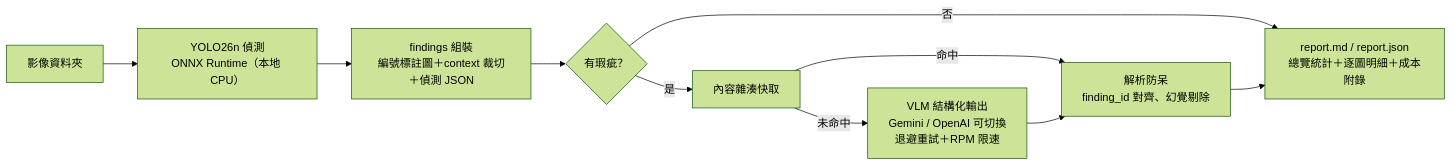
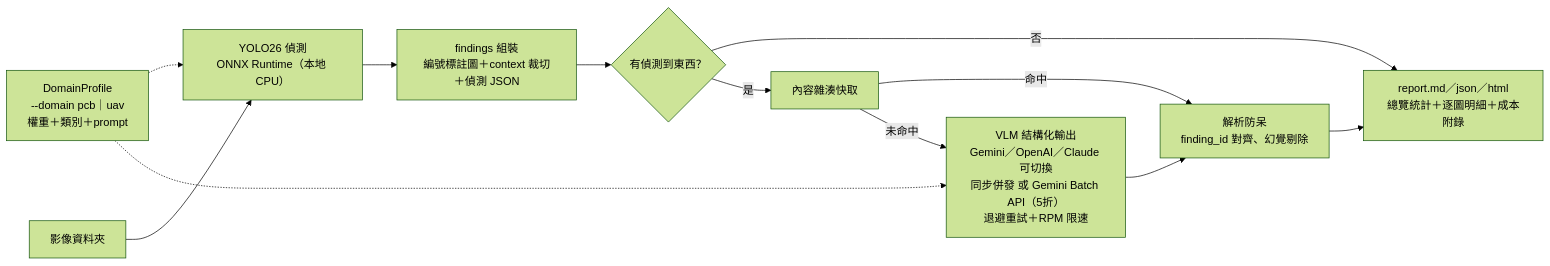
Before and after one commit to tun0000/visual-inspection-reporter: the diagram in README.md, drawn with Mermaid (forest theme). The commit also changed other lines of this file and 21 other files, not shown here.

First line of the commit message:
Add Claude provider, Gemini Batch API, HTML report, and --domain uav

````diff
--- a/README.md
+++ b/README.md
@@ -25,12 +25,14 @@
 ```mermaid
 flowchart LR
-    A[影像資料夾] --> B["YOLO26n 偵測<br>ONNX Runtime（本地 CPU）"]
+    P["DomainProfile<br>--domain pcb｜uav<br>權重＋類別＋prompt"] -.-> B
+    P -.-> F
+    A[影像資料夾] --> B["YOLO26 偵測<br>ONNX Runtime（本地 CPU）"]
     B --> C["findings 組裝<br>編號標註圖＋context 裁切＋偵測 JSON"]
-    C --> D{有瑕疵？}
+    C --> D{有偵測到東西？}
     D -- 否 --> I
     D -- 是 --> E[內容雜湊快取]
     E -- 命中 --> G
-    E -- 未命中 --> F["VLM 結構化輸出<br>Gemini / OpenAI 可切換<br>退避重試＋RPM 限速"]
+    E -- 未命中 --> F["VLM 結構化輸出<br>Gemini／OpenAI／Claude 可切換<br>同步併發 或 Gemini Batch API（5折）<br>退避重試＋RPM 限速"]
     F --> G["解析防呆<br>finding_id 對齊、幻覺剔除"]
-    G --> I["report.md / report.json<br>總覽統計＋逐圖明細＋成本附錄"]
+    G --> I["report.md／json／html<br>總覽統計＋逐圖明細＋成本附錄"]
 ```
````
